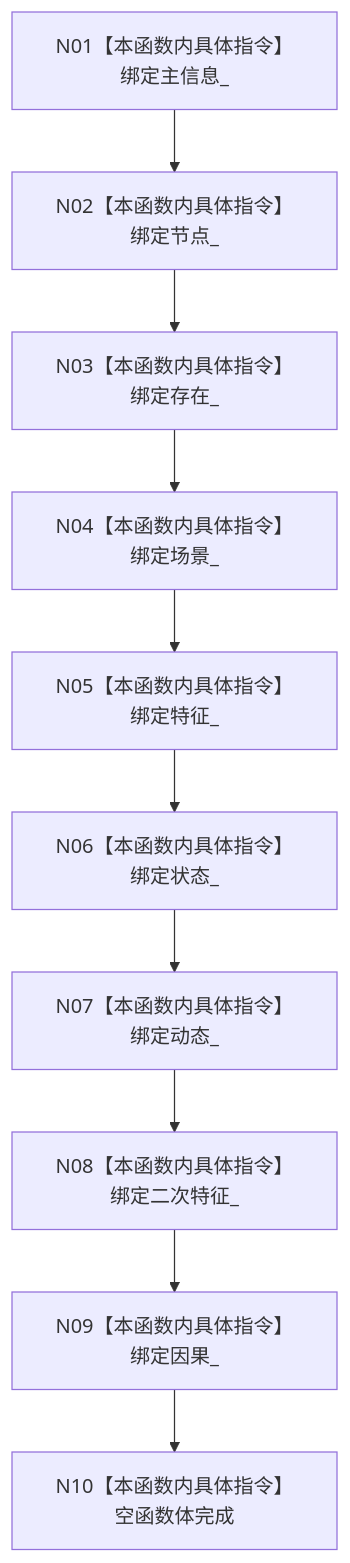
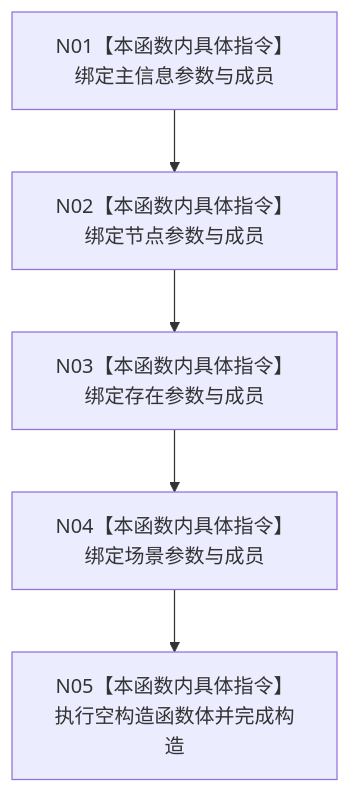
One commit to chunhaizh-cyber/HY-Ego changed the diagram in 流程图/代码流程图/L5/CF-L5-0031_世界服务构造_现状流程图.md. Above: the diagram before and after it, drawn with Mermaid. The commit also changed other lines of this file and 292 other files, not shown here.

Commit message:
维护 R0478-R0501 当前代码流程图与调用图谱

````diff
--- a/流程图/代码流程图/L5/CF-L5-0031_世界服务构造_现状流程图.md
+++ b/流程图/代码流程图/L5/CF-L5-0031_世界服务构造_现状流程图.md
@@ -10,8 +14,9 @@
 ```mermaid
 flowchart TD
- N01["N01【本函数内具体指令】绑定主信息_"] --> N02["N02【本函数内具体指令】绑定节点_"]
- N02 --> N03["N03【本函数内具体指令】绑定存在_"] --> N04["N04【本函数内具体指令】绑定场景_"]
- N04 --> N05["N05【本函数内具体指令】绑定特征_"] --> N06["N06【本函数内具体指令】绑定状态_"]
- N06 --> N07["N07【本函数内具体指令】绑定动态_"] --> N08["N08【本函数内具体指令】绑定二次特征_"]
- N08 --> N09["N09【本函数内具体指令】绑定因果_"] --> N10["N10【本函数内具体指令】空函数体完成"]
+    N01["N01【本函数内具体指令】绑定主信息参数与成员"]
+    N02["N02【本函数内具体指令】绑定节点参数与成员"]
+    N03["N03【本函数内具体指令】绑定存在参数与成员"]
+    N04["N04【本函数内具体指令】绑定场景参数与成员"]
+    N05["N05【本函数内具体指令】执行空构造函数体并完成构造"]
+    N01 --> N02 --> N03 --> N04 --> N05
 ```
````
